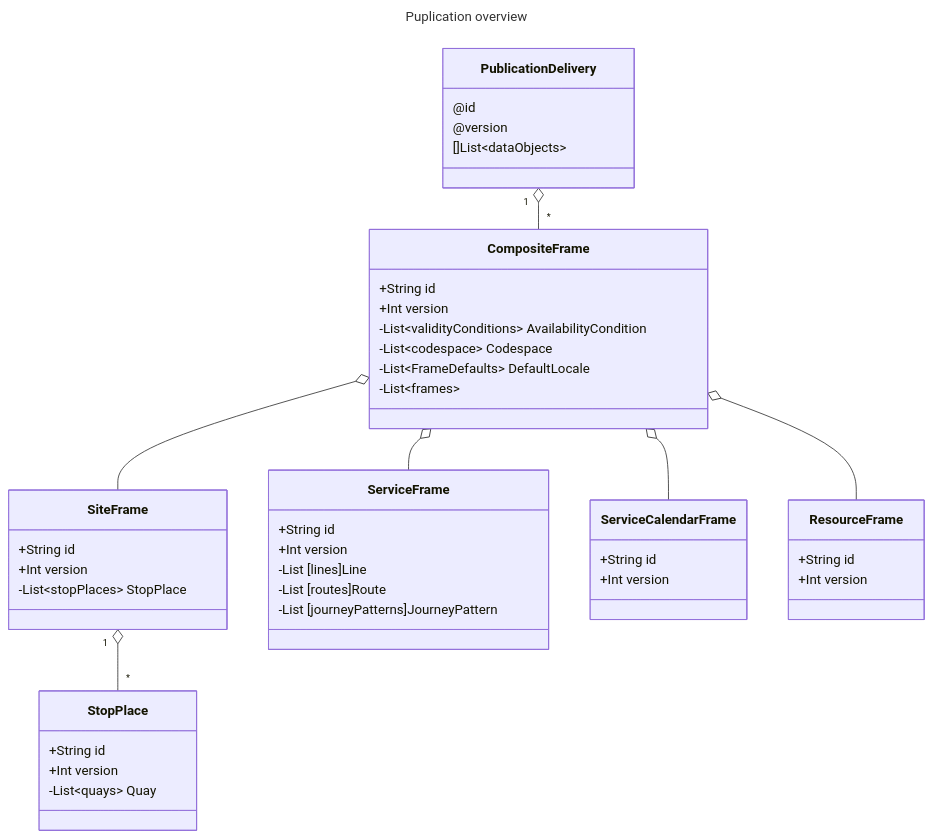
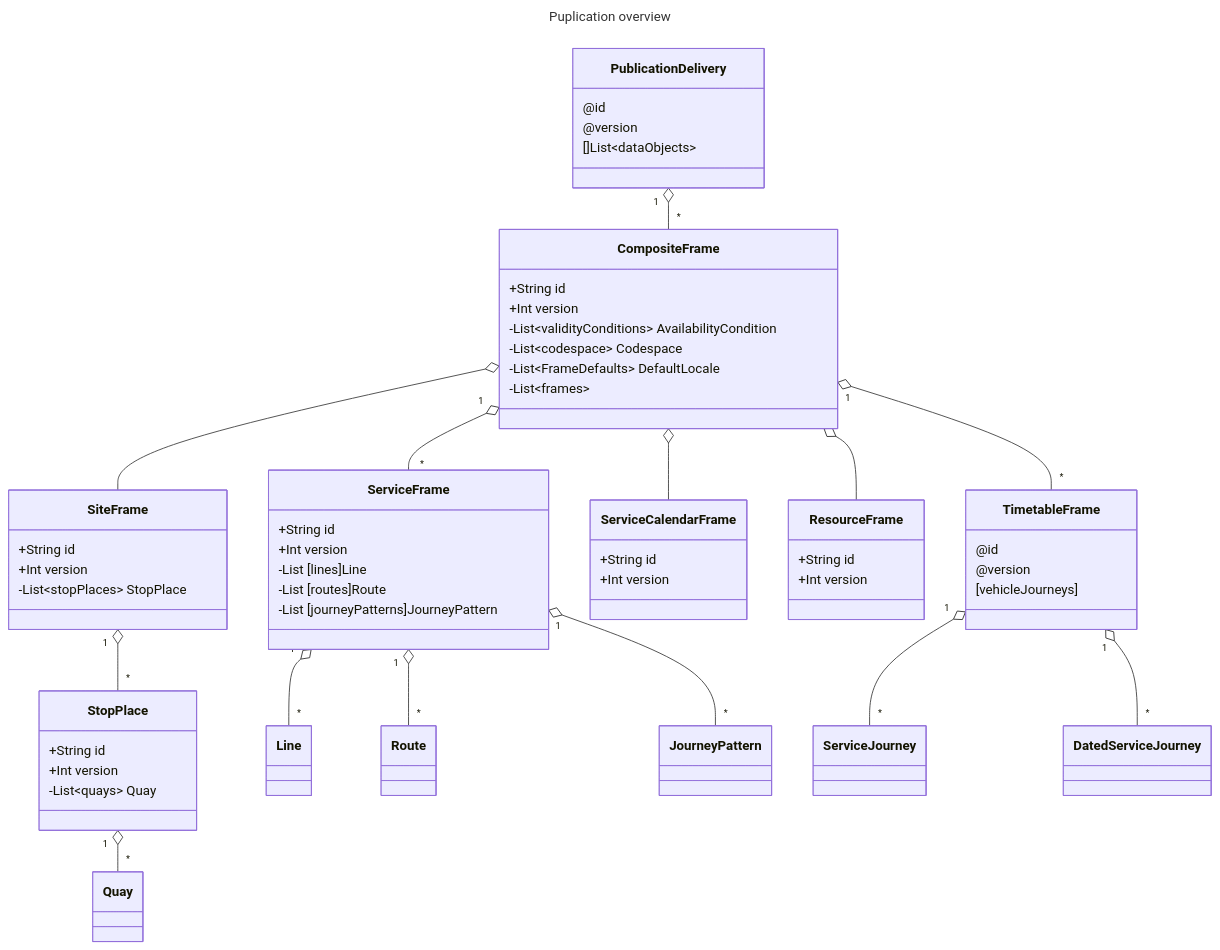
One commit to hfjelstad/Profile-Documentation changed the diagram in 04-Guides/Timetable_DatedServiceJourney_V2.md. Above: the diagram before and after it, drawn with Mermaid.

Commit message:
Filling out UML

````diff
--- a/04-Guides/Timetable_DatedServiceJourney_V2.md
+++ b/04-Guides/Timetable_DatedServiceJourney_V2.md
@@ -10,53 +10,65 @@
 ```mermaid
 ---
 title: Puplication overview 
 ---
 
 classDiagram
     PublicationDelivery "1" o-- "*" CompositeFrame
     class PublicationDelivery{
         @id
         @version
         []List~dataObjects~ 
     }
     class CompositeFrame{
         +String id
         +Int version
         -List~validityConditions~ AvailabilityCondition
         -List~codespace~ Codespace
         -List~FrameDefaults~ DefaultLocale
         -List~frames~
     }
     click CompositeFrame href "https://github.com/hfjelstad/Profile-Documentation/blob/main/01-Frames/CompositeFrame.md"
     CompositeFrame o-- SiteFrame
     class SiteFrame{
         +String id
         +Int version
         -List~stopPlaces~ StopPlace
     }
     SiteFrame "1" o-- "*" StopPlace
     class StopPlace{
         +String id
         +Int version
         -List~quays~ Quay
     }
-    CompositeFrame o-- ServiceFrame
+    StopPlace "1" o-- "*" Quay
+    CompositeFrame "1" o-- "*" ServiceFrame
     class ServiceFrame{
         +String id
         +Int version
         -List [lines]Line
         -List [routes]Route
         -List [journeyPatterns]JourneyPattern
     }
+    ServiceFrame "1" o-- "*" Line
+    ServiceFrame "1" o-- "*" Route
+    ServiceFrame "1" o-- "*" JourneyPattern
     CompositeFrame o-- ServiceCalendarFrame
     class  ServiceCalendarFrame{
         +String id
         +Int version
     }
     CompositeFrame o-- ResourceFrame
     class  ResourceFrame{
         +String id
         +Int version
     }
+    CompositeFrame "1" o-- "*" TimetableFrame
+    class TimetableFrame{
+        @id 
+        @version 
+        [vehicleJourneys]
+    }
+    TimetableFrame "1" o-- "*" ServiceJourney
+    TimetableFrame "1" o-- "*" DatedServiceJourney
 
 ```
````
